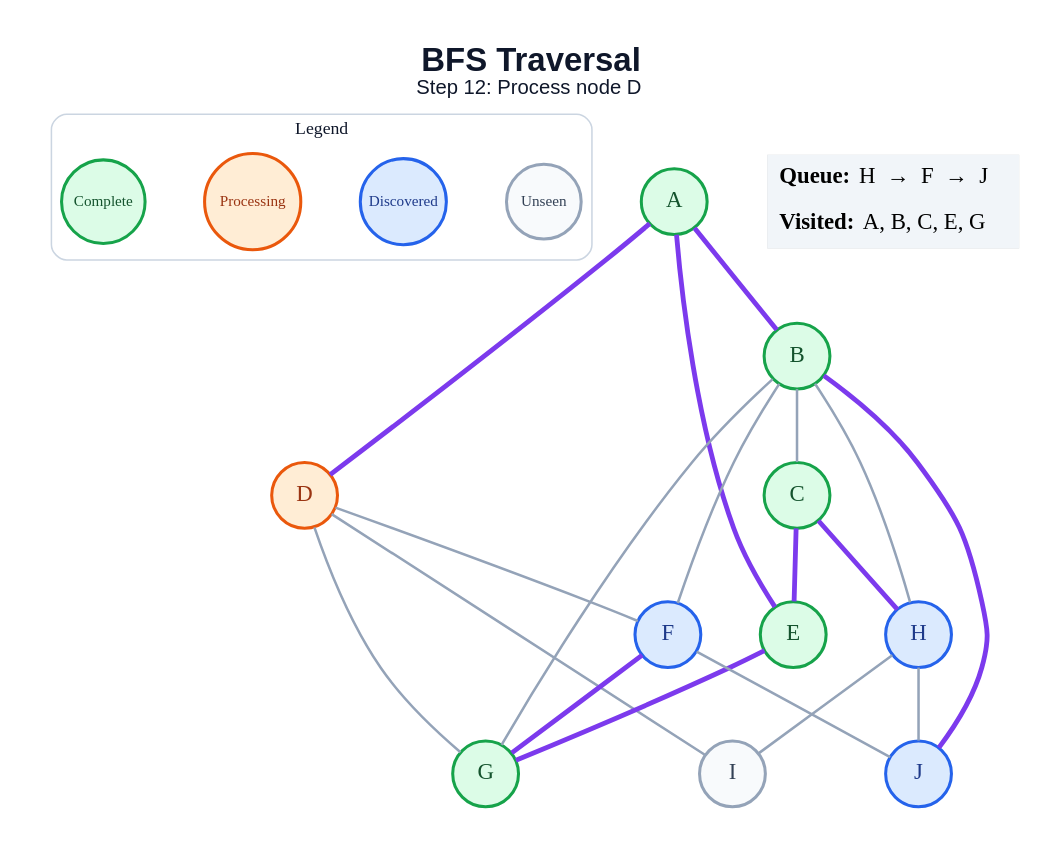
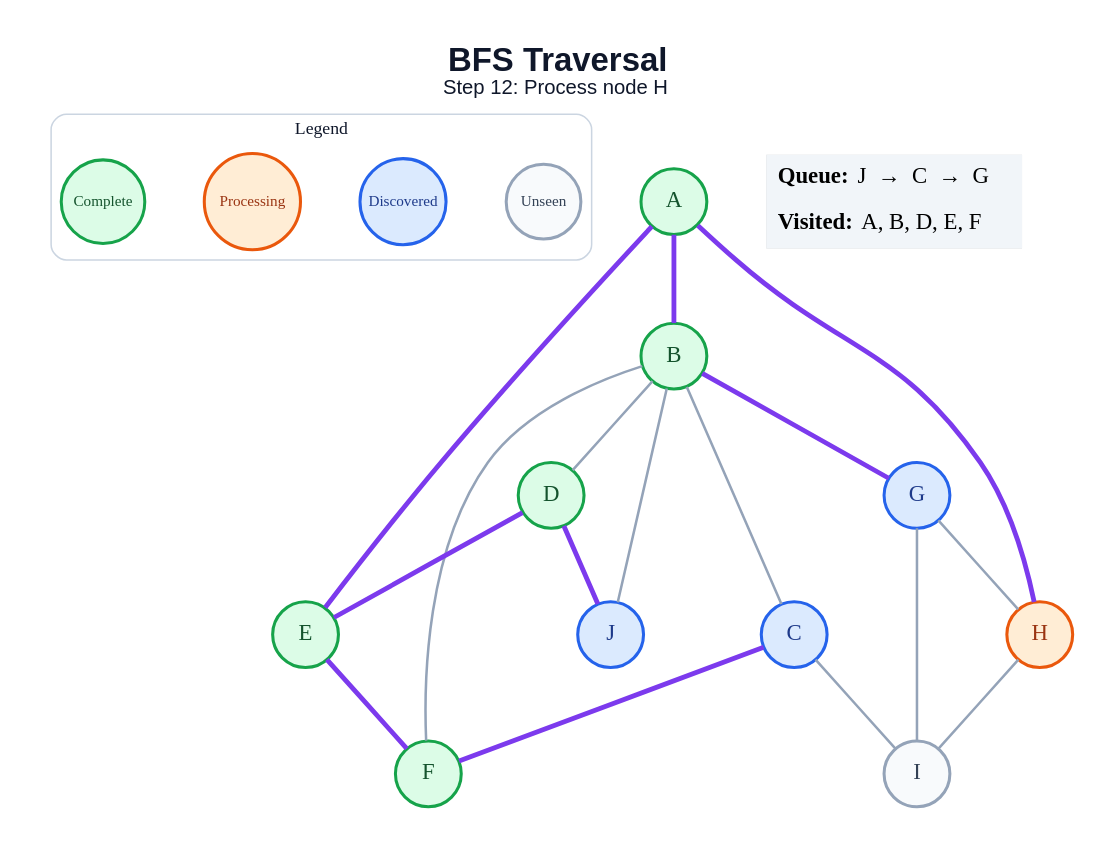
One commit to amanghodawala9/ai-slop changed the diagram in generated/specific-node/bfs/step_12.dot. Above: the diagram before and after it, drawn with Graphviz. The commit also changed 178 other files, not shown here.

```diff
--- a/generated/specific-node/bfs/step_12.dot
+++ b/generated/specific-node/bfs/step_12.dot
@@ -1,47 +1,45 @@
 graph traversal {
   graph [layout=dot, rankdir=TB, bgcolor="#FFFFFF", pad="0.35", nodesep="0.65", ranksep="0.8", fontname="Arial"];
   node [shape=circle, style="filled", fontname="Arial Bold", fontsize=18, width=0.72, fixedsize=true, penwidth=2.4];
   edge [color="#94A3B8", penwidth=2.0];
-  label=<<B>BFS Traversal</B><BR/><FONT POINT-SIZE="16">Step 12: Process node D</FONT>>; labelloc="t"; fontsize=26; fontname="Arial"; fontcolor="#0F172A";
+  label=<<B>BFS Traversal</B><BR/><FONT POINT-SIZE="16">Step 12: Process node H</FONT>>; labelloc="t"; fontsize=26; fontname="Arial"; fontcolor="#0F172A";
   subgraph cluster_legend { label="Legend"; color="#CBD5E1"; penwidth=1.2; style="rounded"; fontsize=14; fontname="Arial Bold";
     key_unseen [label="Unseen", fillcolor="#F8FAFC", color="#94A3B8", fontcolor="#334155", fontsize=12, width=0.82];
     key_frontier [label="Discovered", fillcolor="#DBEAFE", color="#2563EB", fontcolor="#1E3A8A", fontsize=12, width=0.95];
     key_current [label="Processing", fillcolor="#FFEDD5", color="#EA580C", fontcolor="#9A3412", fontsize=12, width=1.05];
     key_done [label="Complete", fillcolor="#DCFCE7", color="#16A34A", fontcolor="#14532D", fontsize=12, width=0.92];
     { rank=same; key_unseen; key_frontier; key_current; key_done; }
   }
   A [fillcolor="#DCFCE7", color="#16A34A", fontcolor="#14532D"];
   B [fillcolor="#DCFCE7", color="#16A34A", fontcolor="#14532D"];
-  C [fillcolor="#DCFCE7", color="#16A34A", fontcolor="#14532D"];
-  D [fillcolor="#FFEDD5", color="#EA580C", fontcolor="#9A3412"];
+  C [fillcolor="#DBEAFE", color="#2563EB", fontcolor="#1E3A8A"];
+  D [fillcolor="#DCFCE7", color="#16A34A", fontcolor="#14532D"];
   E [fillcolor="#DCFCE7", color="#16A34A", fontcolor="#14532D"];
-  F [fillcolor="#DBEAFE", color="#2563EB", fontcolor="#1E3A8A"];
-  G [fillcolor="#DCFCE7", color="#16A34A", fontcolor="#14532D"];
-  H [fillcolor="#DBEAFE", color="#2563EB", fontcolor="#1E3A8A"];
+  F [fillcolor="#DCFCE7", color="#16A34A", fontcolor="#14532D"];
+  G [fillcolor="#DBEAFE", color="#2563EB", fontcolor="#1E3A8A"];
+  H [fillcolor="#FFEDD5", color="#EA580C", fontcolor="#9A3412"];
   I [fillcolor="#F8FAFC", color="#94A3B8", fontcolor="#334155"];
   J [fillcolor="#DBEAFE", color="#2563EB", fontcolor="#1E3A8A"];
   A -- B [color="#7C3AED", penwidth=3.8];
-  A -- D [color="#7C3AED", penwidth=3.8];
   A -- E [color="#7C3AED", penwidth=3.8];
+  A -- H [color="#7C3AED", penwidth=3.8];
   B -- C;
+  B -- D;
   B -- F;
-  B -- G;
-  B -- H;
-  B -- J [color="#7C3AED", penwidth=3.8];
-  C -- E [color="#7C3AED", penwidth=3.8];
-  C -- H [color="#7C3AED", penwidth=3.8];
-  D -- F;
-  D -- G;
-  D -- I;
-  E -- G [color="#7C3AED", penwidth=3.8];
-  F -- G [color="#7C3AED", penwidth=3.8];
-  F -- J;
+  B -- G [color="#7C3AED", penwidth=3.8];
+  B -- J;
+  C -- F [color="#7C3AED", penwidth=3.8];
+  C -- I;
+  D -- E [color="#7C3AED", penwidth=3.8];
+  D -- J [color="#7C3AED", penwidth=3.8];
+  E -- F [color="#7C3AED", penwidth=3.8];
+  G -- H;
+  G -- I;
   H -- I;
-  H -- J;
   status [shape=plain, fixedsize=false, width=0, height=0, margin=0, label=<
     <TABLE BORDER="0" CELLBORDER="0" CELLPADDING="7" BGCOLOR="#F1F5F9">
-      <TR><TD ALIGN="LEFT"><B>Queue:</B> H  →  F  →  J</TD></TR>
-      <TR><TD ALIGN="LEFT"><B>Visited:</B> A, B, C, E, G</TD></TR>
+      <TR><TD ALIGN="LEFT"><B>Queue:</B> J  →  C  →  G</TD></TR>
+      <TR><TD ALIGN="LEFT"><B>Visited:</B> A, B, D, E, F</TD></TR>
     </TABLE>
   >];
 }
```
